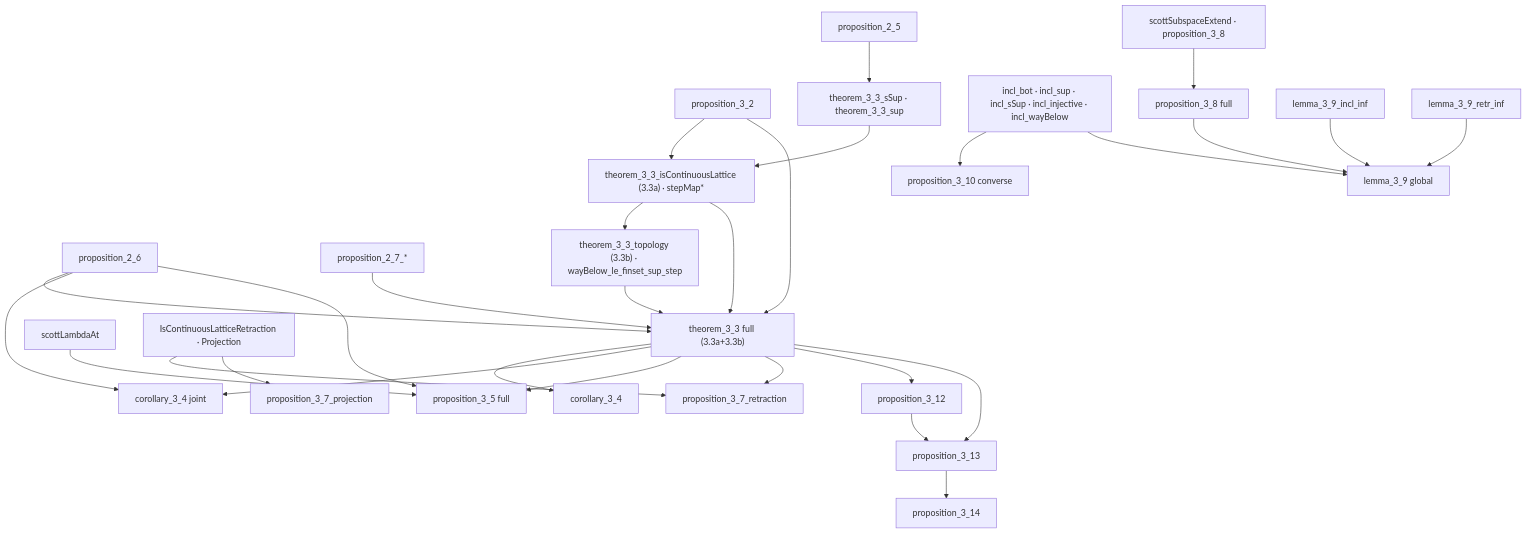
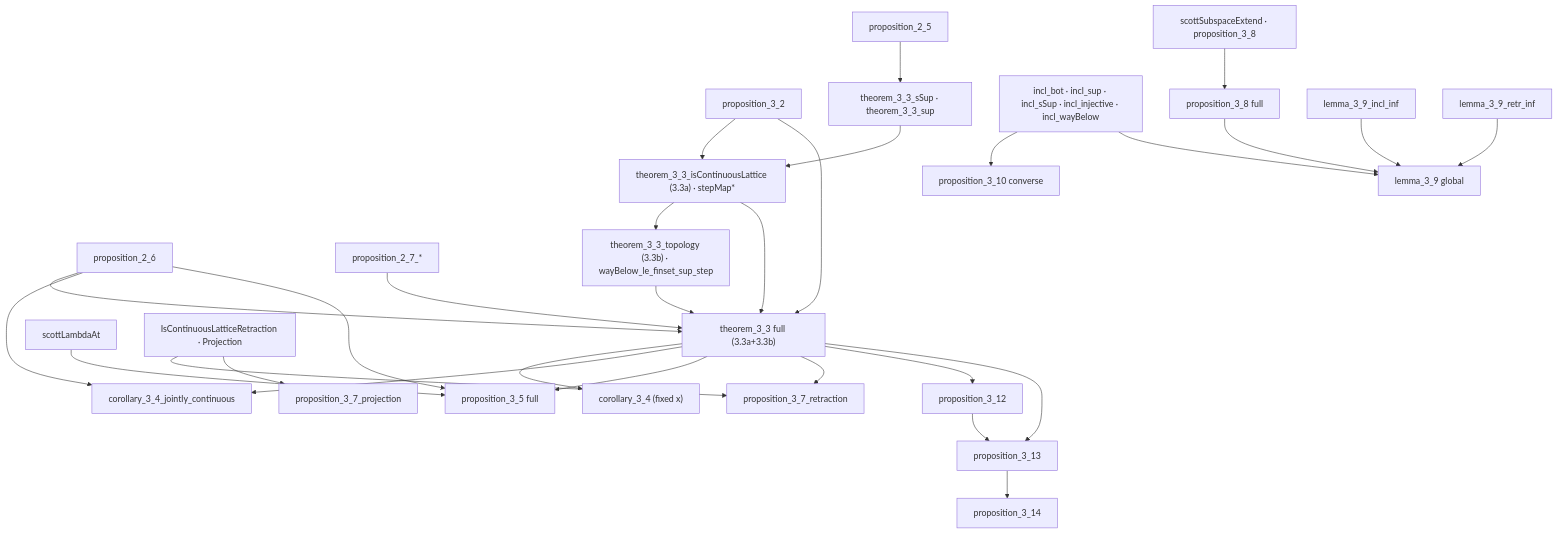
Before and after one commit to catskillsresearch/domain_theory: the fifth of 8 diagrams in arxiv.md, drawn with Mermaid. The commit also changed other lines of this file and 1 other file, not shown here.

First line of the commit message:
feat(FunctionSpaces): prove Corollary 3.4 — joint continuity of evaluation

````diff
--- a/arxiv.md
+++ b/arxiv.md
@@ -324,57 +324,57 @@
 ```mermaid
 flowchart TD
   P25["proposition_2_5"]
   P26["proposition_2_6"]
   P27["proposition_2_7_*"]
   P32["proposition_3_2"]
   T33c["theorem_3_3_sSup · theorem_3_3_sup"]
   T33a["theorem_3_3_isContinuousLattice (3.3a) · stepMap*"]
   T33b["theorem_3_3_topology (3.3b) · wayBelow_le_finset_sup_step"]
   T33["theorem_3_3 full (3.3a+3.3b)"]
-  C34x["corollary_3_4"]
-  C34j["corollary_3_4 joint"]
+  C34x["corollary_3_4 (fixed x)"]
+  C34j["corollary_3_4_jointly_continuous"]
   P35r["scottLambdaAt"]
   P35["proposition_3_5 full"]
   P37r["proposition_3_7_retraction"]
   P37p["proposition_3_7_projection"]
   D36["IsContinuousLatticeRetraction · Projection"]
   P310f["incl_bot · incl_sup · incl_sSup · incl_injective · incl_wayBelow"]
   P310c["proposition_3_10 converse"]
   P38p["scottSubspaceExtend · proposition_3_8"]
   P38["proposition_3_8 full"]
   L39i["lemma_3_9_incl_inf"]
   L39r["lemma_3_9_retr_inf"]
   L39["lemma_3_9 global"]
   P312["proposition_3_12"]
   P313["proposition_3_13"]
   P314["proposition_3_14"]
 
   P25 --> T33c
   T33c --> T33a
   P32 --> T33a
   T33a --> T33b
   T33a --> T33
   T33b --> T33
   P26 --> T33
   P27 --> T33
   T33 --> C34x
   P26 --> C34j
   T33 --> C34j
   T33 --> P35
   P26 --> P35
   P35r --> P35
   D36 --> P37r
   D36 --> P37p
   T33 --> P37r
   T33 --> P312
   P310f --> P310c
   P310f --> L39
   P38p --> P38
   P38 --> L39
   L39i --> L39
   L39r --> L39
   T33 --> P313
   P313 --> P314
   P312 --> P313
   P32 --> T33
 ```
````
